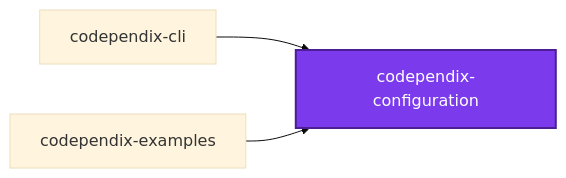
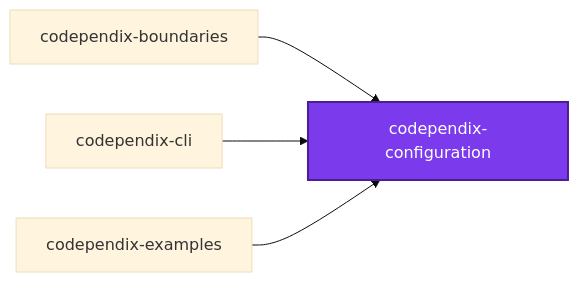
Before and after one commit to JimmyPaolini/codebase: the first of 3 diagrams in packages/codependix-configuration/README.md, drawn with Mermaid (base theme). The commit also changed other lines of this file and 19 other files, not shown here.

````diff
--- a/packages/codependix-configuration/README.md
+++ b/packages/codependix-configuration/README.md
@@ -14,10 +14,12 @@
 ```mermaid
 graph LR
+  codependix_boundaries["codependix-boundaries"]
   codependix_cli["codependix-cli"]
   codependix_configuration["codependix-configuration"]
   codependix_examples["codependix-examples"]
+  codependix_boundaries --> codependix_configuration
   codependix_cli --> codependix_configuration
   codependix_examples --> codependix_configuration
   classDef subject fill:#7c3aed,color:#fff,stroke:#4c1d95,stroke-width:2px
   class codependix_configuration subject
 ```
````
